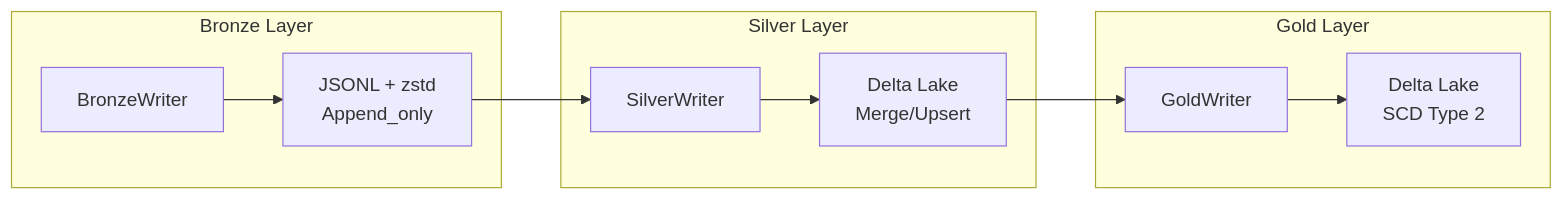
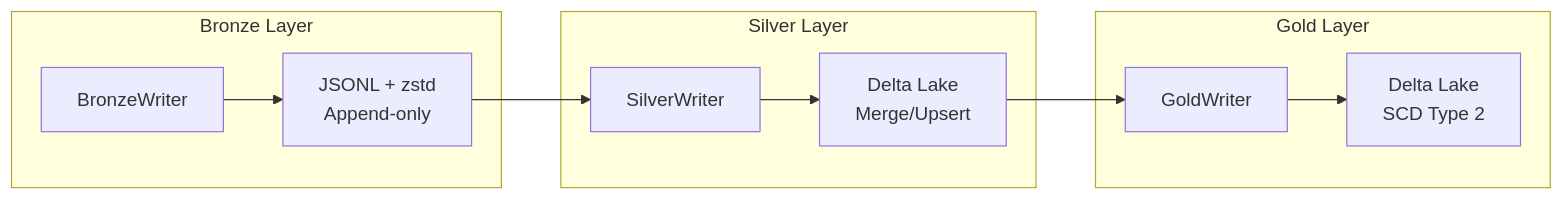
The diagram in docs/04-reference/api/infrastructure/storage.md (SatoryKono/BioactivityDataAcquisition), drawn with Mermaid before and after one commit. The commit also changed other lines of this file and 347 other files, not shown here.

````diff
--- a/docs/04-reference/api/infrastructure/storage.md
+++ b/docs/04-reference/api/infrastructure/storage.md
@@ -7,23 +7,23 @@
 ```mermaid
 flowchart LR
     subgraph Bronze["Bronze Layer"]
         BW[BronzeWriter]
-        BF["JSONL + zstd<br/>Append_only"]
+        BF["JSONL + zstd<br/>Append-only"]
     end
 
     subgraph Silver["Silver Layer"]
         SW[SilverWriter]
         SF["Delta Lake<br/>Merge/Upsert"]
     end
 
     subgraph Gold["Gold Layer"]
         GW[GoldWriter]
         GF["Delta Lake<br/>SCD Type 2"]
     end
 
     BW --> BF
     SW --> SF
     GW --> GF
     BF --> SW
     SF --> GW
 ```
````
